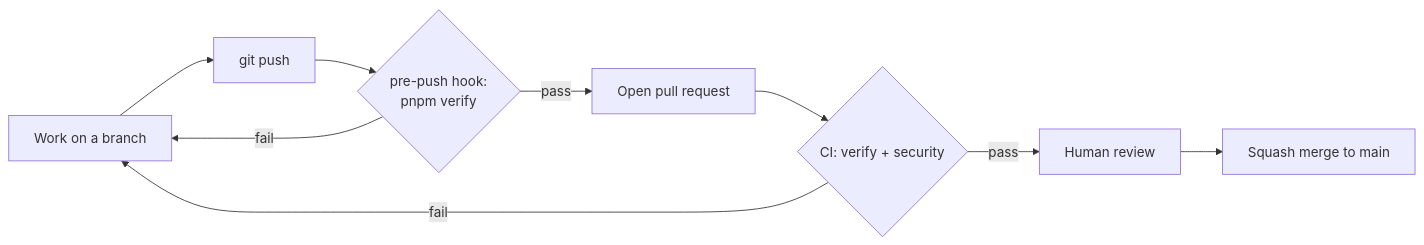
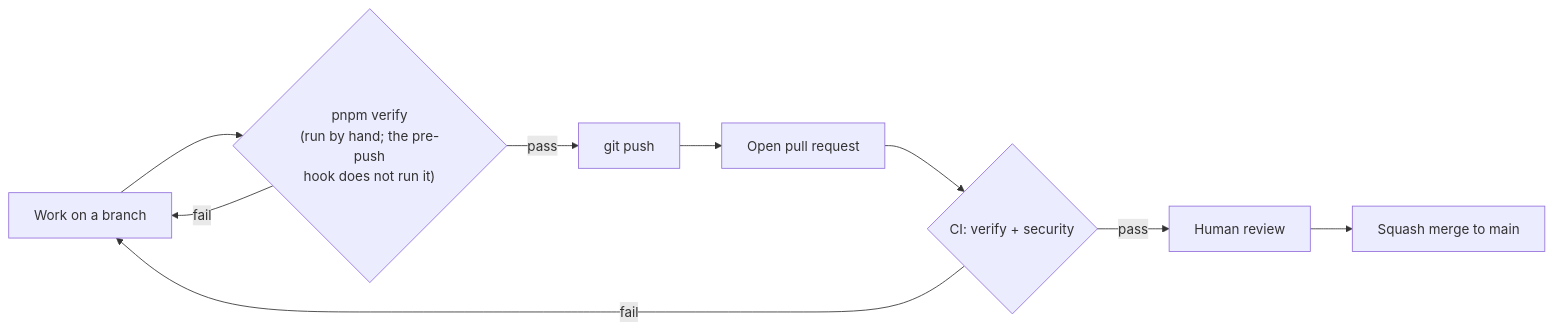
Before and after one commit to hsadoqi/synapcity-v2: the diagram in docs/engineering/quality-gates.md, drawn with Mermaid. The commit also changed other lines of this file and 6 other files, not shown here.

````diff
--- a/docs/engineering/quality-gates.md
+++ b/docs/engineering/quality-gates.md
@@ -7,11 +7,11 @@
 ```mermaid
 flowchart LR
-  work["Work on a branch"] --> push["git push"]
-  push --> hook{"pre-push hook:<br/>pnpm verify"}
-  hook -- fail --> work
-  hook -- pass --> pr["Open pull request"]
+  work["Work on a branch"] --> verify{"pnpm verify<br/>(run by hand; the pre-push<br/>hook does not run it)"}
+  verify -- fail --> work
+  verify -- pass --> push["git push"]
+  push --> pr["Open pull request"]
   pr --> ci{"CI: verify + security"}
   ci -- fail --> work
   ci -- pass --> review["Human review"]
   review --> squash["Squash merge to main"]
 ```
````
